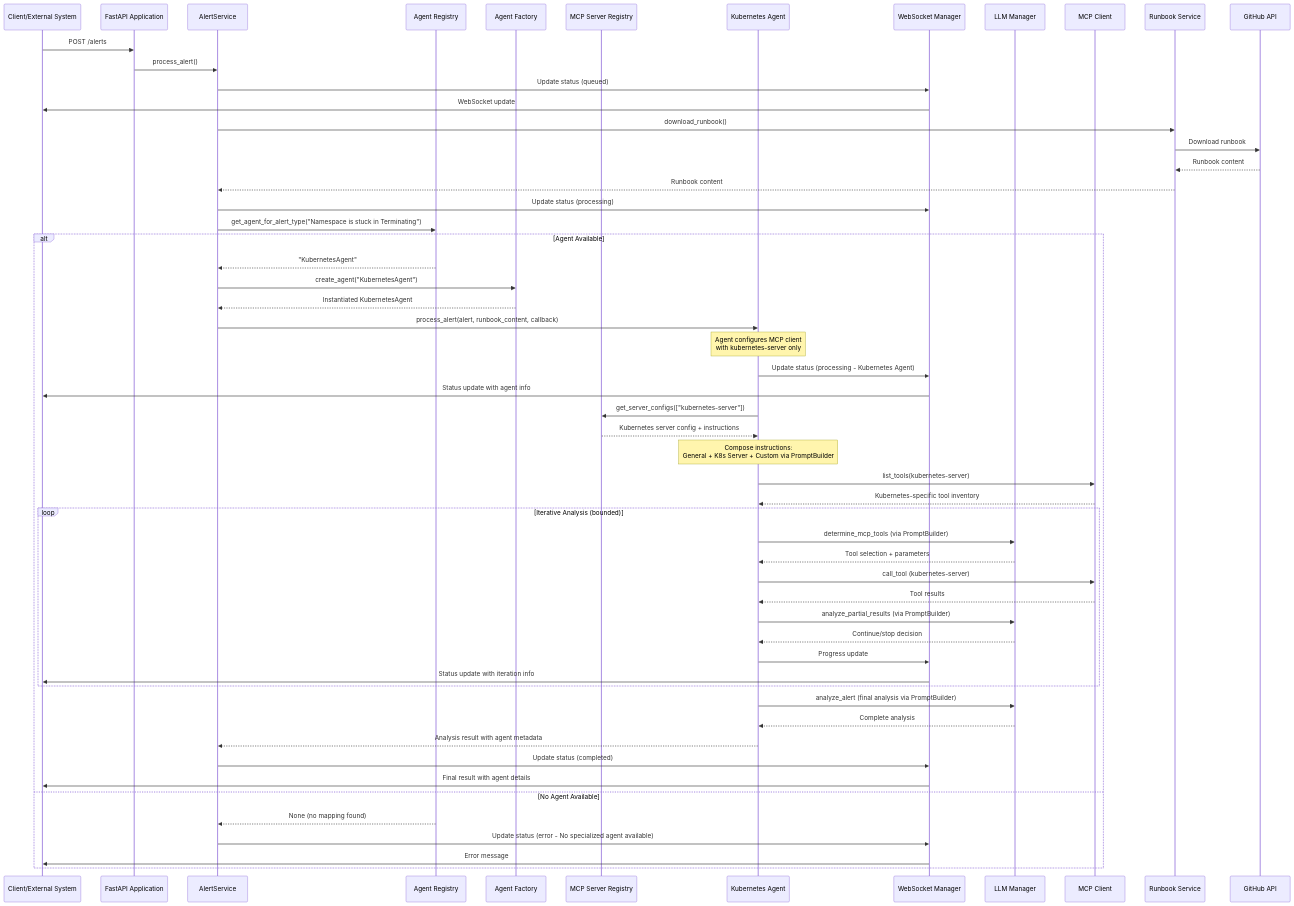
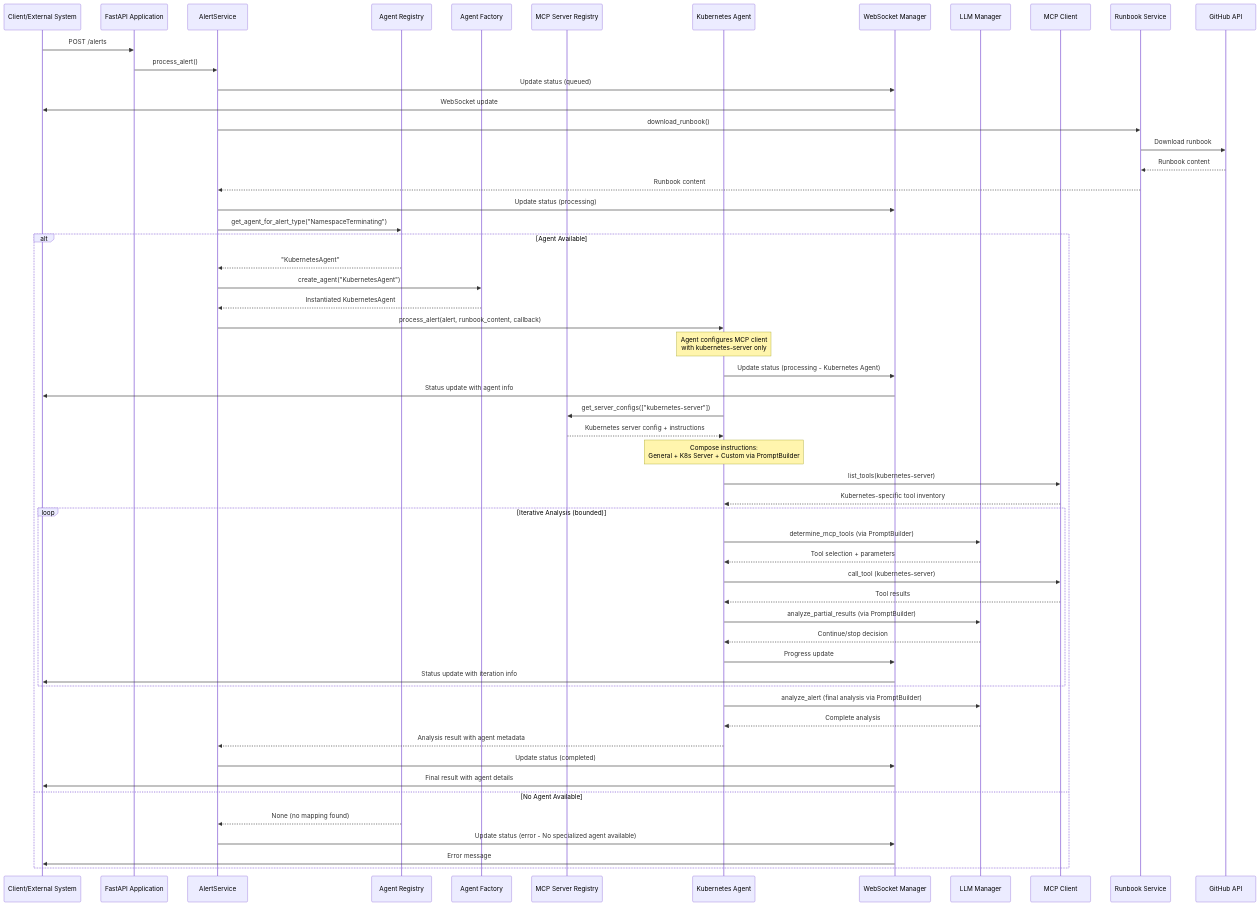
One commit to rsoaresd/tarsy-bot changed the second of 2 diagrams in docs/design.md. Above: the diagram before and after it, drawn with Mermaid. The commit also changed other lines of this file and 15 other files, not shown here.

````diff
--- a/docs/design.md
+++ b/docs/design.md
@@ -523,67 +523,67 @@
 ```mermaid
 sequenceDiagram
     participant Client as Client/External System
     participant API as FastAPI Application
     participant AS as AlertService
     participant AR as Agent Registry
     participant AF as Agent Factory
     participant MSR as MCP Server Registry
     participant KA as Kubernetes Agent
     participant WS as WebSocket Manager
     participant LLM as LLM Manager
     participant MCP as MCP Client
     participant RS as Runbook Service
     participant GitHub as GitHub API
     
     Client->>API: POST /alerts
     API->>AS: process_alert()
     AS->>WS: Update status (queued)
     WS->>Client: WebSocket update
     
     AS->>RS: download_runbook()
     RS->>GitHub: Download runbook
     GitHub-->>RS: Runbook content
     RS-->>AS: Runbook content
     AS->>WS: Update status (processing)
     
-    AS->>AR: get_agent_for_alert_type("Namespace is stuck in Terminating")
+    AS->>AR: get_agent_for_alert_type("NamespaceTerminating")
     alt Agent Available
         AR-->>AS: "KubernetesAgent"
         AS->>AF: create_agent("KubernetesAgent")
         AF-->>AS: Instantiated KubernetesAgent
         
         AS->>KA: process_alert(alert, runbook_content, callback)
         Note over KA: Agent configures MCP client<br/>with kubernetes-server only
         KA->>WS: Update status (processing - Kubernetes Agent)
         WS->>Client: Status update with agent info
         
         KA->>MSR: get_server_configs(["kubernetes-server"])
         MSR-->>KA: Kubernetes server config + instructions
         
         Note over KA: Compose instructions:<br/>General + K8s Server + Custom via PromptBuilder
         
         KA->>MCP: list_tools(kubernetes-server)
         MCP-->>KA: Kubernetes-specific tool inventory
         
         loop Iterative Analysis (bounded)
             KA->>LLM: determine_mcp_tools (via PromptBuilder)
             LLM-->>KA: Tool selection + parameters
             KA->>MCP: call_tool (kubernetes-server)
             MCP-->>KA: Tool results
             KA->>LLM: analyze_partial_results (via PromptBuilder)
             LLM-->>KA: Continue/stop decision
             KA->>WS: Progress update
             WS->>Client: Status update with iteration info
         end
         
         KA->>LLM: analyze_alert (final analysis via PromptBuilder)
         LLM-->>KA: Complete analysis
         KA-->>AS: Analysis result with agent metadata
         AS->>WS: Update status (completed)
         WS->>Client: Final result with agent details
     else No Agent Available
         AR-->>AS: None (no mapping found)
         AS->>WS: Update status (error - No specialized agent available)
         WS->>Client: Error message
     end
 ```
````
